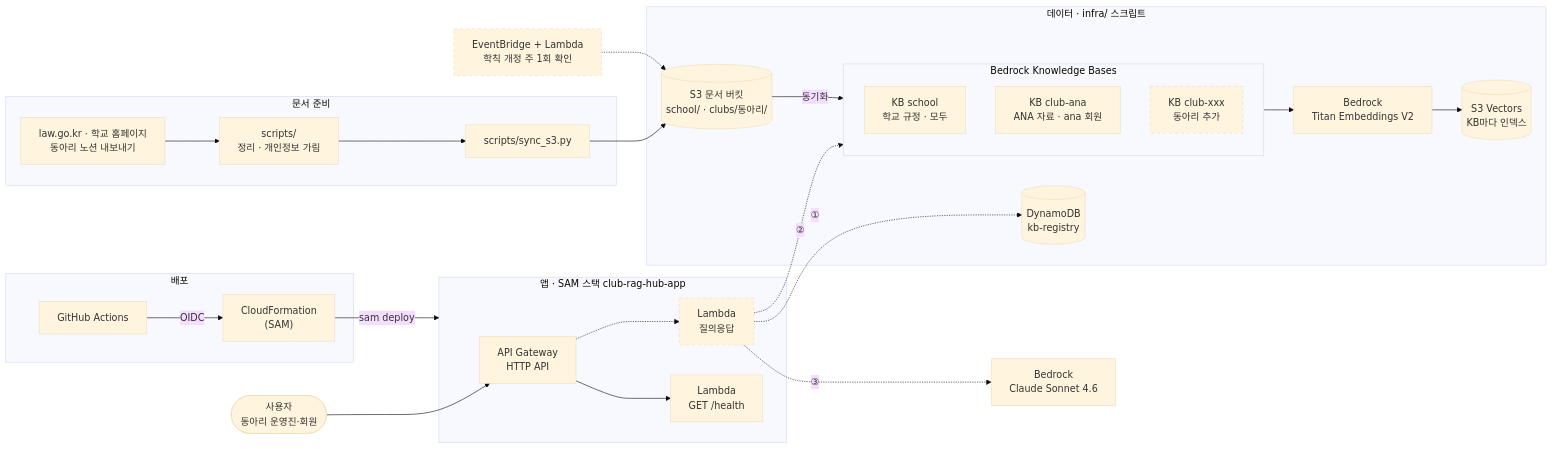
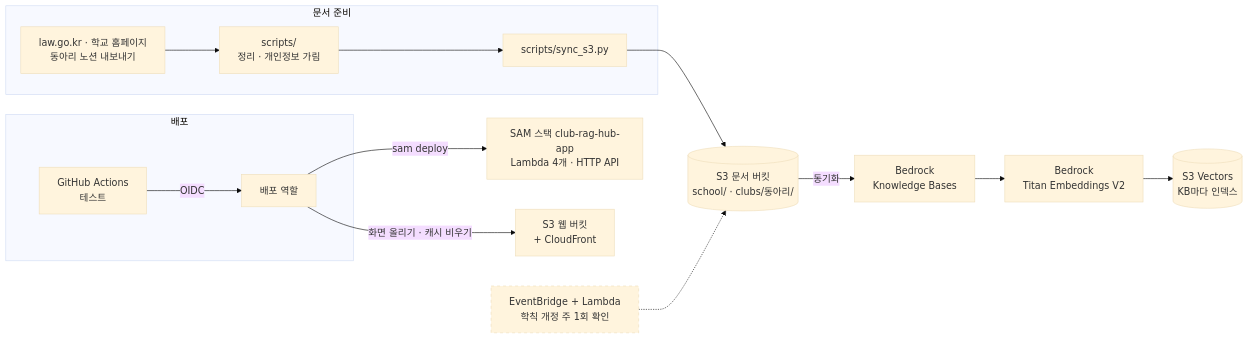
Before and after one commit to JJong2003/club-rag-hub: the second of 2 diagrams in README.md, drawn with Mermaid (base theme). The commit also changed other lines of this file and 2 other files, not shown here.

````diff
--- a/README.md
+++ b/README.md
@@ -56,51 +118,24 @@
 ```mermaid
 flowchart LR
-    user(["사용자<br/>동아리 운영진·회원"])
-
-    subgraph CICD["배포"]
-        actions["GitHub Actions"] -->|"OIDC"| cfn["CloudFormation<br/>(SAM)"]
-    end
-
     subgraph PREP["문서 준비"]
         sources["law.go.kr · 학교 홈페이지<br/>동아리 노션 내보내기"] --> prepare["scripts/<br/>정리 · 개인정보 가림"] --> upload["scripts/sync_s3.py"]
     end
-
     weekly["EventBridge + Lambda<br/>학칙 개정 주 1회 확인"]
-
-    subgraph APP["앱 · SAM 스택 club-rag-hub-app"]
-        api["API Gateway<br/>HTTP API"]
-        ask["Lambda<br/>질의응답"]
-        health["Lambda<br/>GET /health"]
-    end
-
-    subgraph DATA["데이터 · infra/ 스크립트"]
-        registry[("DynamoDB<br/>kb-registry")]
-        docs[("S3 문서 버킷<br/>school/ · clubs/동아리/")]
-        subgraph KBS["Bedrock Knowledge Bases"]
-            kbSchool["KB school<br/>학교 규정 · 모두"]
-            kbAna["KB club-ana<br/>ANA 자료 · ana 회원"]
-            kbNext["KB club-xxx<br/>동아리 추가"]
-        end
-        titan["Bedrock<br/>Titan Embeddings V2"]
-        vectors[("S3 Vectors<br/>KB마다 인덱스")]
-    end
-
-    claude["Bedrock<br/>Claude Sonnet 4.6"]
-
-    user --> api
-    api -.-> ask
-    api --> health
-    ask -.->|"①"| registry
-    ask -.->|"②"| KBS
-    ask -.->|"③"| claude
+    docs[("S3 문서 버킷<br/>school/ · clubs/동아리/")]
+    kbs["Bedrock<br/>Knowledge Bases"]
+    titan["Bedrock<br/>Titan Embeddings V2"]
+    vectors[("S3 Vectors<br/>KB마다 인덱스")]
 
     upload --> docs
     weekly -.-> docs
-    docs -->|"동기화"| KBS
-    KBS --> titan --> vectors
+    docs -->|"동기화"| kbs --> titan --> vectors
 
-    cfn -->|"sam deploy"| APP
+    subgraph CICD["배포"]
+        actions["GitHub Actions<br/>테스트"] -->|"OIDC"| role["배포 역할"]
+    end
+    role -->|"sam deploy"| app["SAM 스택 club-rag-hub-app<br/>Lambda 4개 · HTTP API"]
+    role -->|"화면 올리기 · 캐시 비우기"| webHost["S3 웹 버킷<br/>+ CloudFront"]
 
     classDef planned stroke-dasharray: 5 5
-    class ask,kbNext,weekly planned
+    class weekly planned
 ```
````
